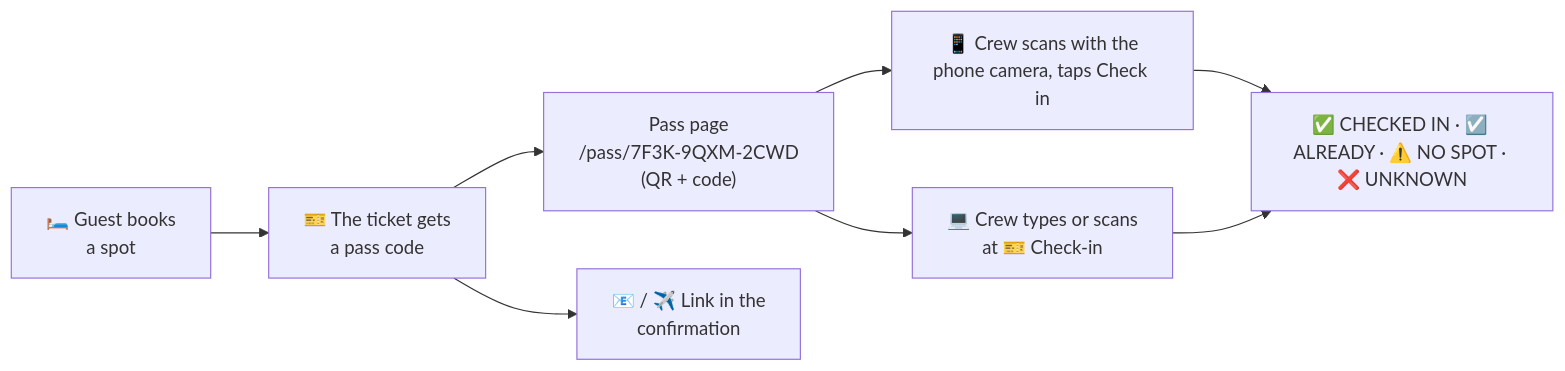
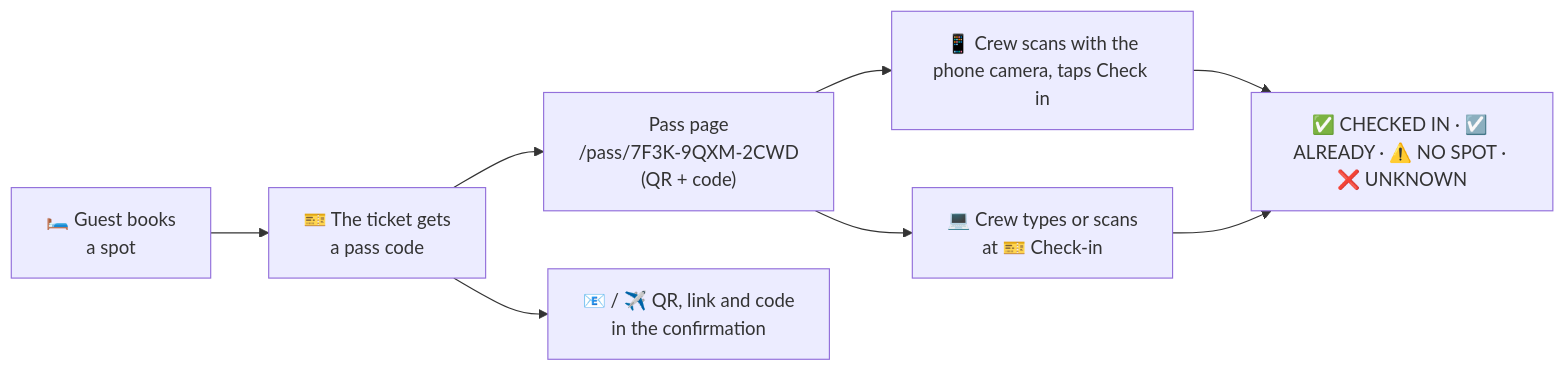
One commit to MorpheusMXML/hamburn-cozynights changed the diagram in docs/admin/passes.md. Above: the diagram before and after it, drawn with Mermaid. The commit also changed other lines of this file and 21 other files, not shown here.

````diff
--- a/docs/admin/passes.md
+++ b/docs/admin/passes.md
@@ -7,10 +7,10 @@
 ```mermaid
 flowchart LR
   book["🛏️ Guest books<br/>a spot"] --> code["🎫 The ticket gets<br/>a pass code"]
   code --> page["Pass page<br/>/pass/7F3K-9QXM-2CWD<br/>(QR + code)"]
-  code --> msg["📧 / ✈️ Link in the<br/>confirmation"]
+  code --> msg["📧 / ✈️ QR, link and code<br/>in the confirmation"]
   page --> scan["📱 Crew scans with the<br/>phone camera, taps Check in"]
   page --> desk["💻 Crew types or scans<br/>at 🎫 Check-in"]
   scan --> result["✅ CHECKED IN · ☑️ ALREADY · ⚠️ NO SPOT · ❌ UNKNOWN"]
   desk --> result
 ```
````
